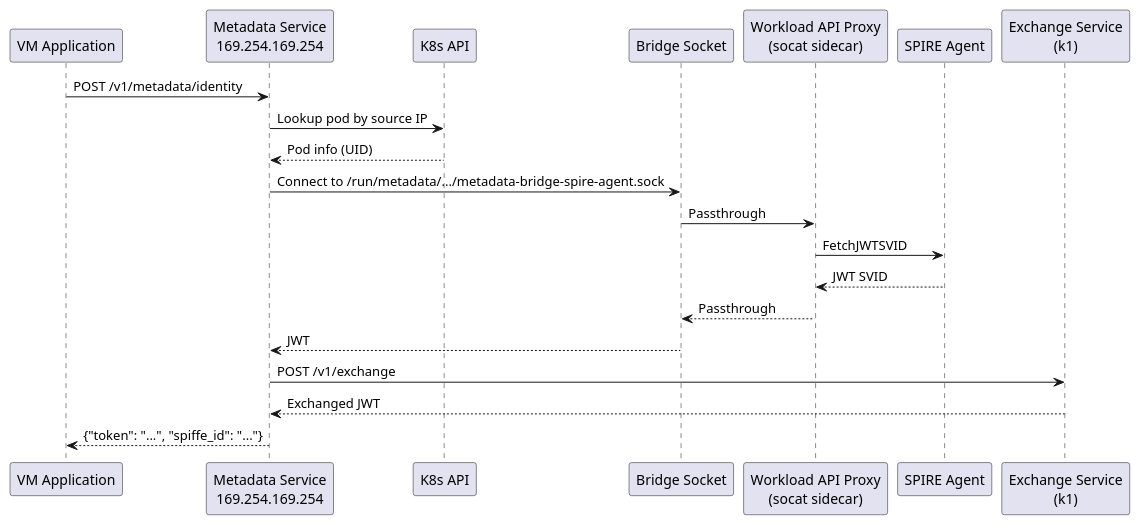
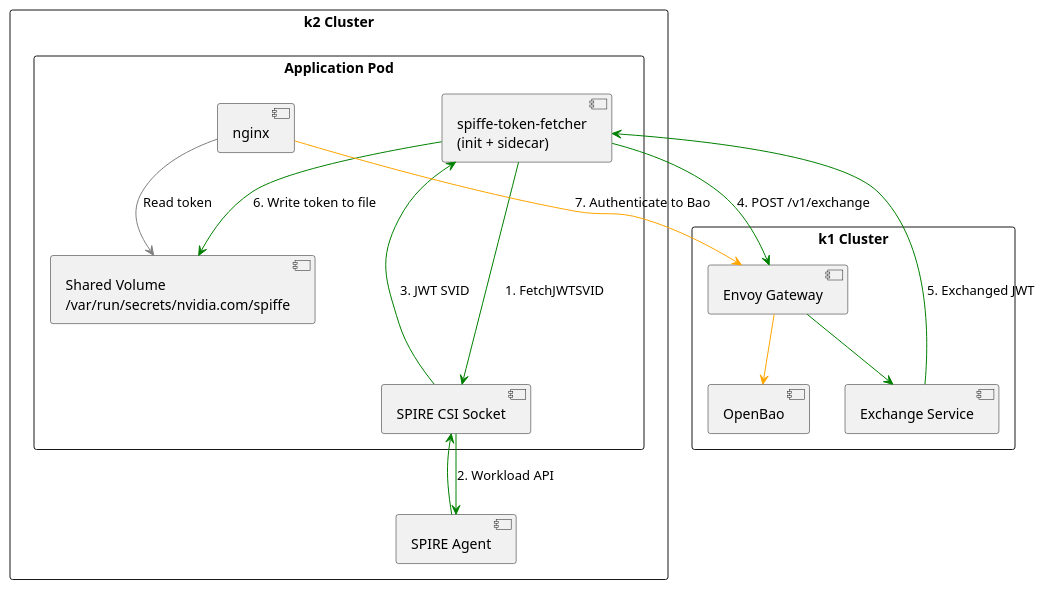
One commit to dsx-ai-factory/nvidia-workload-identity changed the second of 4 diagrams in README.md. Above: the diagram before and after it, drawn with PlantUML. The commit also changed other lines of this file and 48 other files, not shown here.

````diff
--- a/README.md
+++ b/README.md
@@ -119,24 +116,41 @@
 ```plantuml
-@startuml
-participant "VM Application" as App
-participant "Metadata Service\n169.254.169.254" as Meta
-participant "K8s API" as K8s
-participant "Bridge Socket" as Bridge
-participant "Workload API Proxy\n(socat sidecar)" as Proxy
-participant "SPIRE Agent" as Agent
-participant "Exchange Service\n(k1)" as Exchange
+@startuml Pod Workload
 
-App -> Meta : POST /v1/metadata/identity
-Meta -> K8s : Lookup pod by source IP
-K8s --> Meta : Pod info (UID)
-Meta -> Bridge : Connect to /run/metadata/.../metadata-bridge-spire-agent.sock
-Bridge -> Proxy : Passthrough
-Proxy -> Agent : FetchJWTSVID
-Agent --> Proxy : JWT SVID
-Proxy --> Bridge : Passthrough
-Bridge --> Meta : JWT
-Meta -> Exchange : POST /v1/exchange
-Exchange --> Meta : Exchanged JWT
-Meta --> App : {"token": "...", "spiffe_id": "..."}
+skinparam packageStyle rectangle
+
+package "k1 Cluster" as K1 {
+  [OpenBao] as Bao
+  [Exchange Service] as Exchange
+  [Envoy Gateway] as GW1
+}
+
+package "k2 Cluster" as K2 {
+  [SPIRE Agent] as SpireAgent
+  
+  package "Application Pod" as AppPod {
+    [nginx] as App
+    [spiffe-token-fetcher\n(init + sidecar)] as Fetcher
+    [SPIRE CSI Socket] as SpireCSI
+    [Shared Volume\n/var/run/secrets/nvidia.com/spiffe] as TokenVol
+  }
+}
+
+' Token fetcher flow
+Fetcher -[#green]-> SpireCSI : 1. FetchJWTSVID
+SpireCSI -[#green]-> SpireAgent : 2. Workload API
+SpireAgent -[#green]--> SpireCSI
+SpireCSI -[#green]--> Fetcher : 3. JWT SVID
+Fetcher -[#green]-> GW1 : 4. POST /v1/exchange
+GW1 -[#green]-> Exchange
+Exchange -[#green]--> Fetcher : 5. Exchanged JWT
+Fetcher -[#green]-> TokenVol : 6. Write token to file
+
+' App reads token
+App -[#gray]-> TokenVol : Read token
+
+' App to Bao
+App -[#orange]-> GW1 : 7. Authenticate to Bao
+GW1 -[#orange]-> Bao
+
 @enduml
 ```
````
